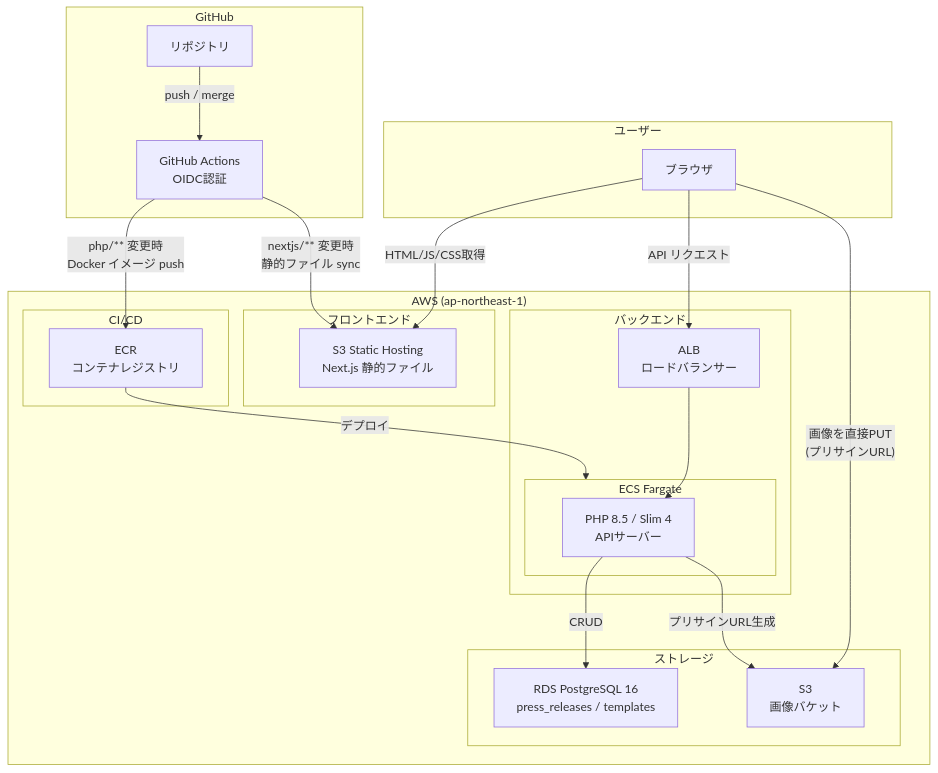
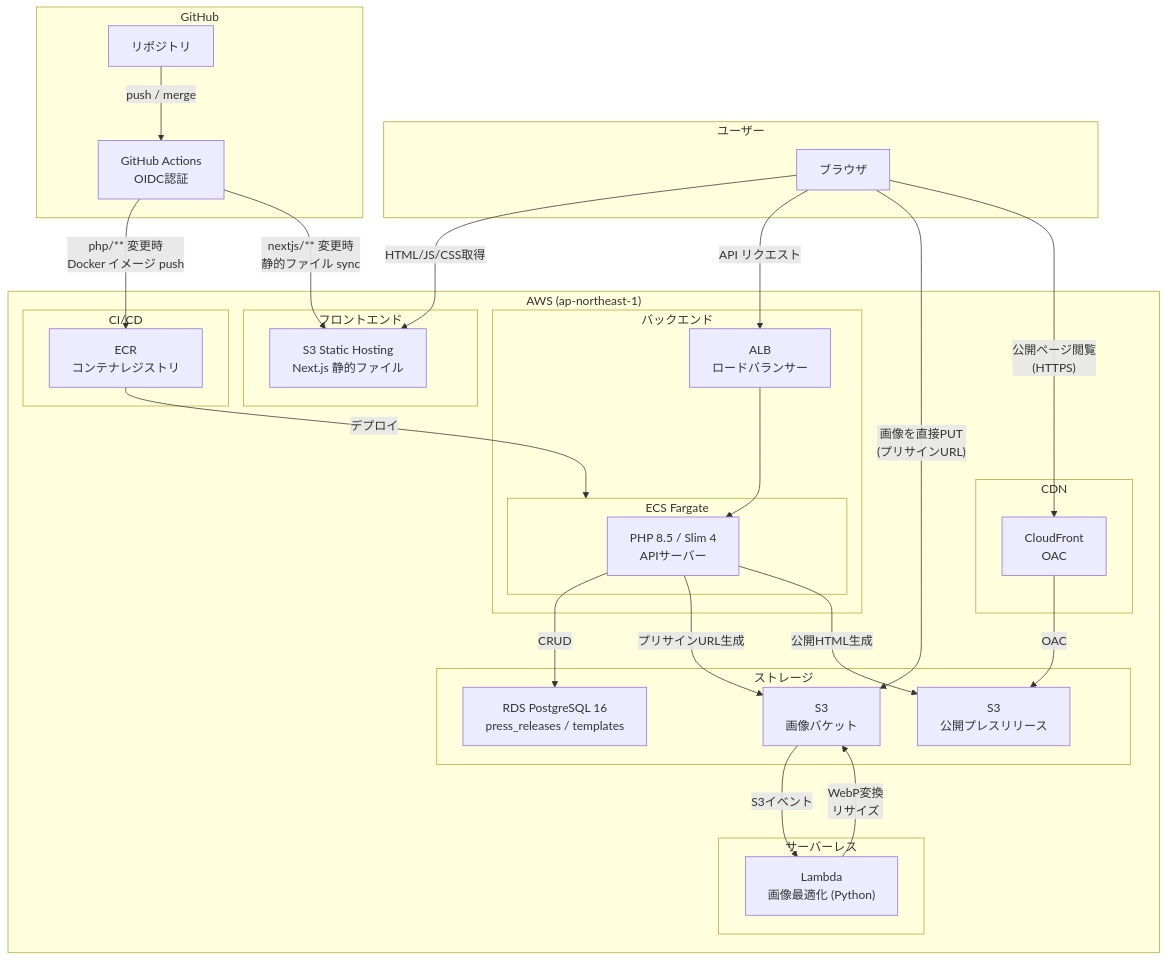
One commit to norman6464/early_riser changed the first of 2 diagrams in README.md. Above: the diagram before and after it, drawn with Mermaid. The commit also changed other lines of this file, not shown here.

Commit message:
docs: READMEにCloudFront URL・新APIエンドポイント・構成図を更新
- CloudFront公開URLをURL表に追加
- AI系APIエンドポイント（タイトル提案、トーン分析、セクションガイド等）を追加
- Mermaid構成図にLambda、CloudFront、S3 Publicを追加
- 技術スタックにLambda、CloudFrontを追加

````diff
--- a/README.md
+++ b/README.md
@@ -69,44 +79,58 @@
 ```mermaid
 graph TB
     subgraph User["ユーザー"]
         Browser["ブラウザ"]
     end
 
     subgraph AWS["AWS (ap-northeast-1)"]
         subgraph Frontend["フロントエンド"]
             S3_FE["S3 Static Hosting<br/>Next.js 静的ファイル"]
         end
 
         subgraph Backend["バックエンド"]
             ALB["ALB<br/>ロードバランサー"]
             subgraph ECS["ECS Fargate"]
                 PHP["PHP 8.5 / Slim 4<br/>APIサーバー"]
             end
         end
 
         subgraph Storage["ストレージ"]
             RDS["RDS PostgreSQL 16<br/>press_releases / templates"]
             S3_IMG["S3<br/>画像バケット"]
+            S3_PUB["S3<br/>公開プレスリリース"]
+        end
+
+        subgraph CDN["CDN"]
+            CF["CloudFront<br/>OAC"]
+        end
+
+        subgraph Serverless["サーバーレス"]
+            Lambda["Lambda<br/>画像最適化 (Python)"]
         end
 
         subgraph CI["CI/CD"]
             ECR["ECR<br/>コンテナレジストリ"]
         end
     end
 
     subgraph GitHub["GitHub"]
         Repo["リポジトリ"]
         Actions["GitHub Actions<br/>OIDC認証"]
     end
 
     Browser -->|"HTML/JS/CSS取得"| S3_FE
     Browser -->|"API リクエスト"| ALB
     Browser -->|"画像を直接PUT<br/>(プリサインURL)"| S3_IMG
+    Browser -->|"公開ページ閲覧<br/>(HTTPS)"| CF
     ALB --> PHP
     PHP -->|"CRUD"| RDS
     PHP -->|"プリサインURL生成"| S3_IMG
+    PHP -->|"公開HTML生成"| S3_PUB
+    CF -->|"OAC"| S3_PUB
+    S3_IMG -->|"S3イベント"| Lambda
+    Lambda -->|"WebP変換<br/>リサイズ"| S3_IMG
     Repo -->|"push / merge"| Actions
     Actions -->|"php/** 変更時<br/>Docker イメージ push"| ECR
     Actions -->|"nextjs/** 変更時<br/>静的ファイル sync"| S3_FE
     ECR -->|"デプロイ"| ECS
 ```
````
